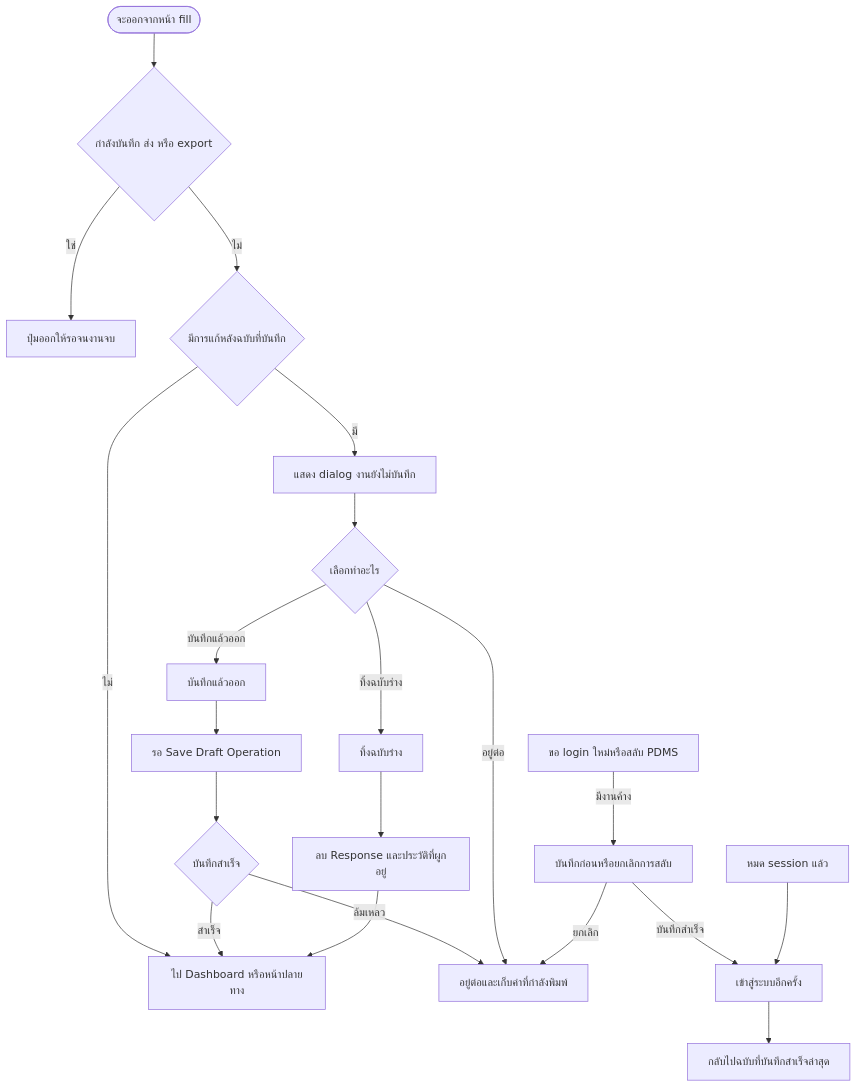
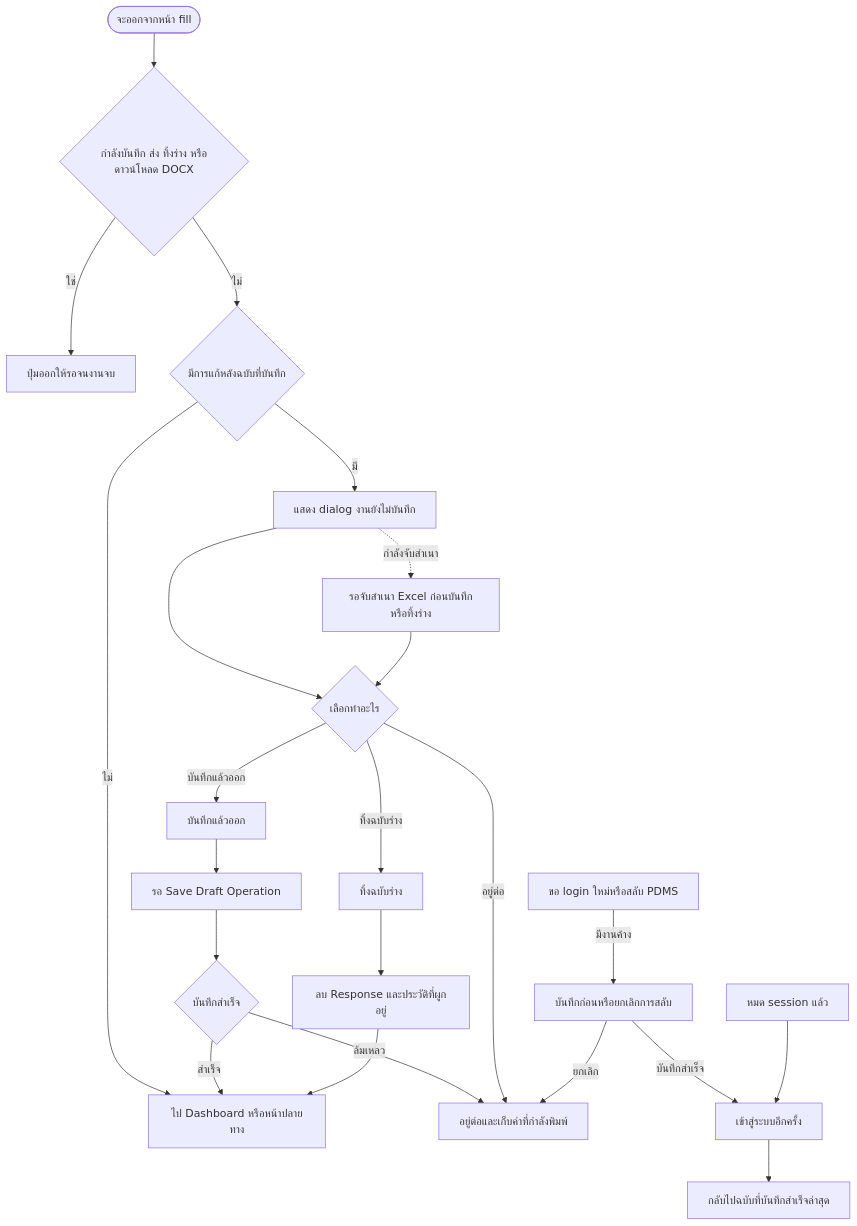
One commit to AquilaStudio2/folio-forms changed diagram 20 of 23 in .scratch/system-workflow/system-map.md. Above: the diagram before and after it, drawn with Mermaid. The commit also changed other lines of this file and 20 other files, not shown here.

````diff
--- a/.scratch/system-workflow/system-map.md
+++ b/.scratch/system-workflow/system-map.md
@@ -1019,35 +1021,37 @@
 ```mermaid
 flowchart TD
     exit(["จะออกจากหน้า fill"])
-    busy{"กำลังบันทึก ส่ง หรือ export"}
+    busy{"กำลังบันทึก ส่ง ทิ้งร่าง หรือดาวน์โหลด DOCX"}
     wait["ปุ่มออกให้รอจนงานจบ"]
     dirty{"มีการแก้หลังฉบับที่บันทึก"}
     leave["ไป Dashboard หรือหน้าปลายทาง"]
     prompt["แสดง dialog งานยังไม่บันทึก"]
     choice{"เลือกทำอะไร"}
+    captureWait["รอจับสำเนา Excel ก่อนบันทึกหรือทิ้งร่าง"]
     save["บันทึกแล้วออก"]
     operation["รอ Save Draft Operation"]
     result{"บันทึกสำเร็จ"}
     stay["อยู่ต่อและเก็บค่าที่กำลังพิมพ์"]
     discard["ทิ้งฉบับร่าง"]
     erased["ลบ Response และประวัติที่ผูกอยู่"]
     reauth["ขอ login ใหม่หรือสลับ PDMS"]
     saved["บันทึกก่อนหรือยกเลิกการสลับ"]
     expired["หมด session แล้ว"]
     login["เข้าสู่ระบบอีกครั้ง"]
     reopen["กลับไปฉบับที่บันทึกสำเร็จล่าสุด"]
     exit --> busy
     busy -->|"ใช่"| wait
     busy -->|"ไม่"| dirty
     dirty -->|"ไม่"| leave
     dirty -->|"มี"| prompt --> choice
+    prompt -.->|"กำลังจับสำเนา"| captureWait --> choice
     choice -->|"บันทึกแล้วออก"| save --> operation --> result
     result -->|"สำเร็จ"| leave
     result -->|"ล้มเหลว"| stay
     choice -->|"อยู่ต่อ"| stay
     choice -->|"ทิ้งฉบับร่าง"| discard --> erased --> leave
     reauth -->|"มีงานค้าง"| saved
     saved -->|"บันทึกสำเร็จ"| login
     saved -->|"ยกเลิก"| stay
     expired --> login --> reopen
 ```
````
